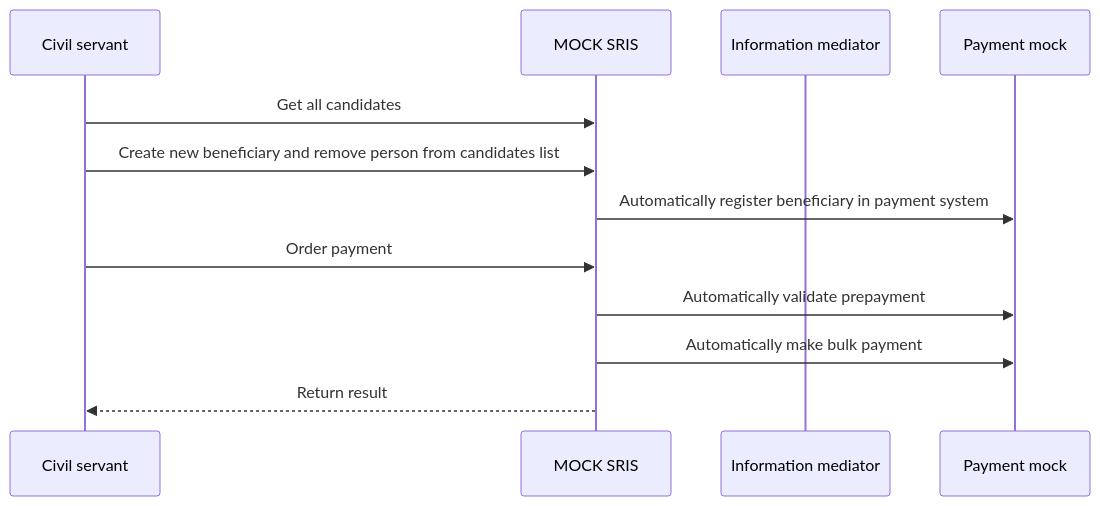
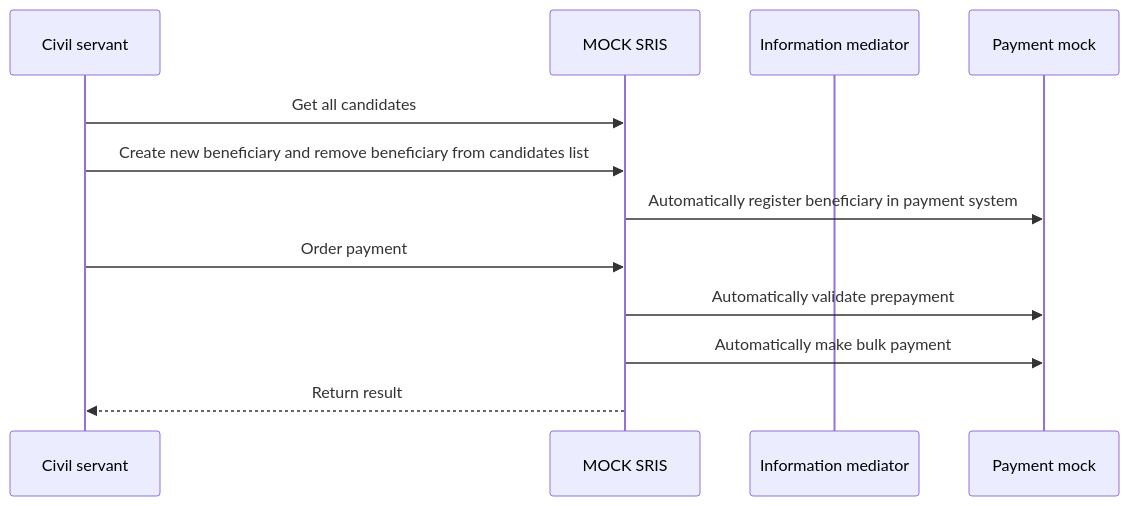
Before and after one commit to GovStackWorkingGroup/sandbox-usecase-usct-backend: the diagram in docs/main.md, drawn with Mermaid.

Commit message:
Update diagram

````diff
--- a/docs/main.md
+++ b/docs/main.md
@@ -9,12 +9,12 @@
 ```mermaid
 sequenceDiagram
 
 Civil servant ->> MOCK SRIS: Get all candidates
-Civil servant ->> MOCK SRIS: Create new beneficiary and remove person from candidates list
+Civil servant ->> MOCK SRIS: Create new beneficiary and remove beneficiary from candidates list
     participant im as Information mediator
 MOCK SRIS ->> Payment mock: Automatically register beneficiary in payment system
 Civil servant ->> MOCK SRIS: Order payment
 MOCK SRIS ->> Payment mock: Automatically validate prepayment
 MOCK SRIS ->> Payment mock: Automatically make bulk payment
 MOCK SRIS -->> Civil servant: Return result
 ```
````
